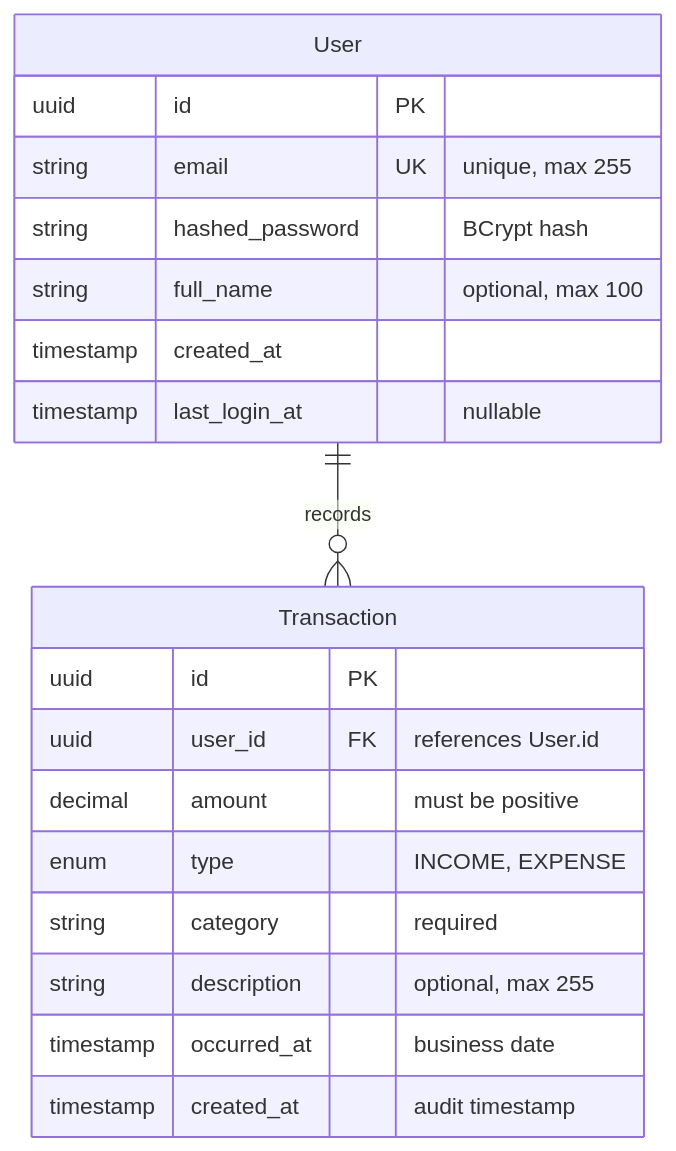
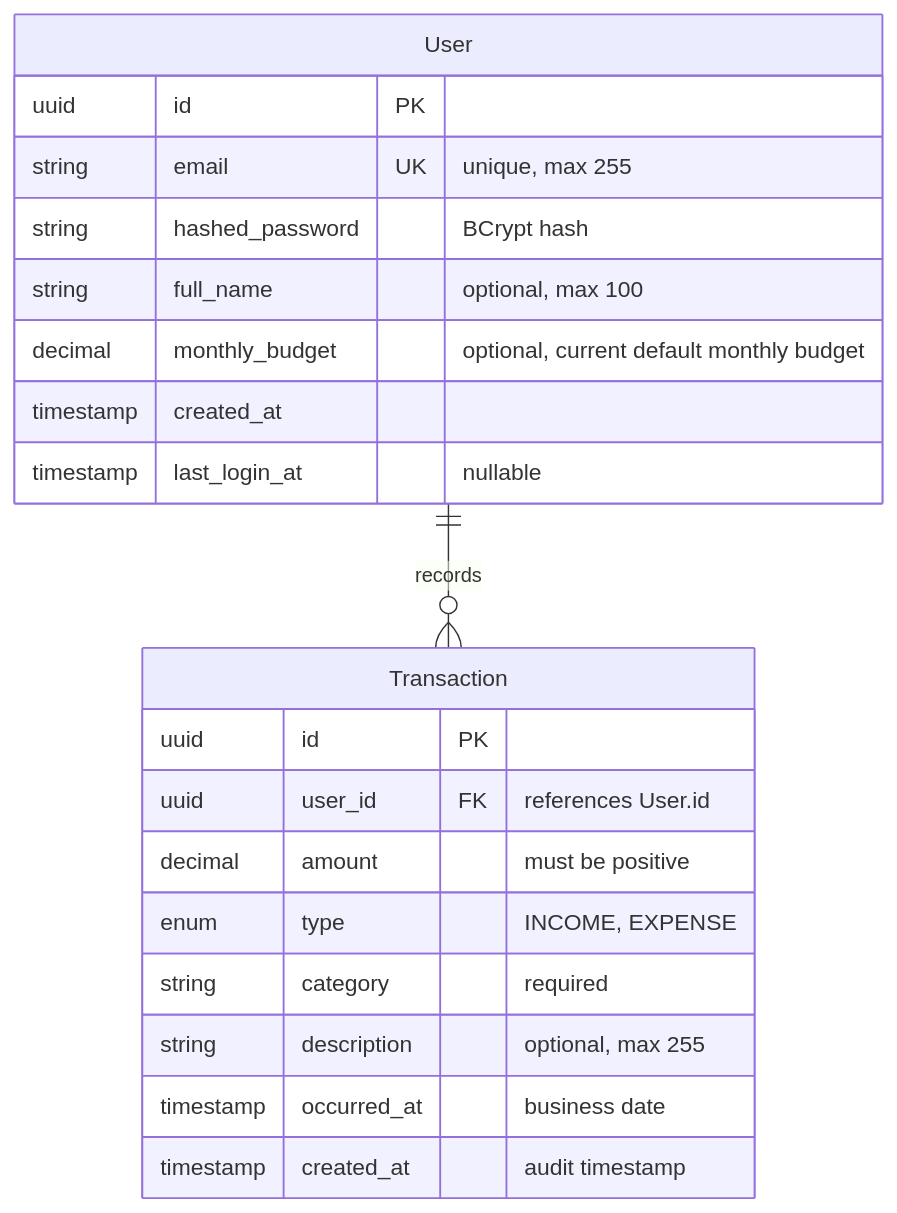
Before and after one commit to welingtoncruz/ze-finance: the third of 3 diagrams in PROJECT_DOCUMENTATION.md, drawn with Mermaid. The commit also changed other lines of this file and 79 other files, not shown here.

````diff
--- a/PROJECT_DOCUMENTATION.md
+++ b/PROJECT_DOCUMENTATION.md
@@ -562,24 +577,25 @@
 ```mermaid
 erDiagram
     User ||--o{ Transaction : "records"
 
     User {
         uuid id PK
         string email UK "unique, max 255"
         string hashed_password "BCrypt hash"
         string full_name "optional, max 100"
+        decimal monthly_budget "optional, current default monthly budget"
         timestamp created_at
         timestamp last_login_at "nullable"
     }
 
     Transaction {
         uuid id PK
         uuid user_id FK "references User.id"
         decimal amount "must be positive"
         enum type "INCOME, EXPENSE"
         string category "required"
         string description "optional, max 255"
         timestamp occurred_at "business date"
         timestamp created_at "audit timestamp"
     }
 ```
````
